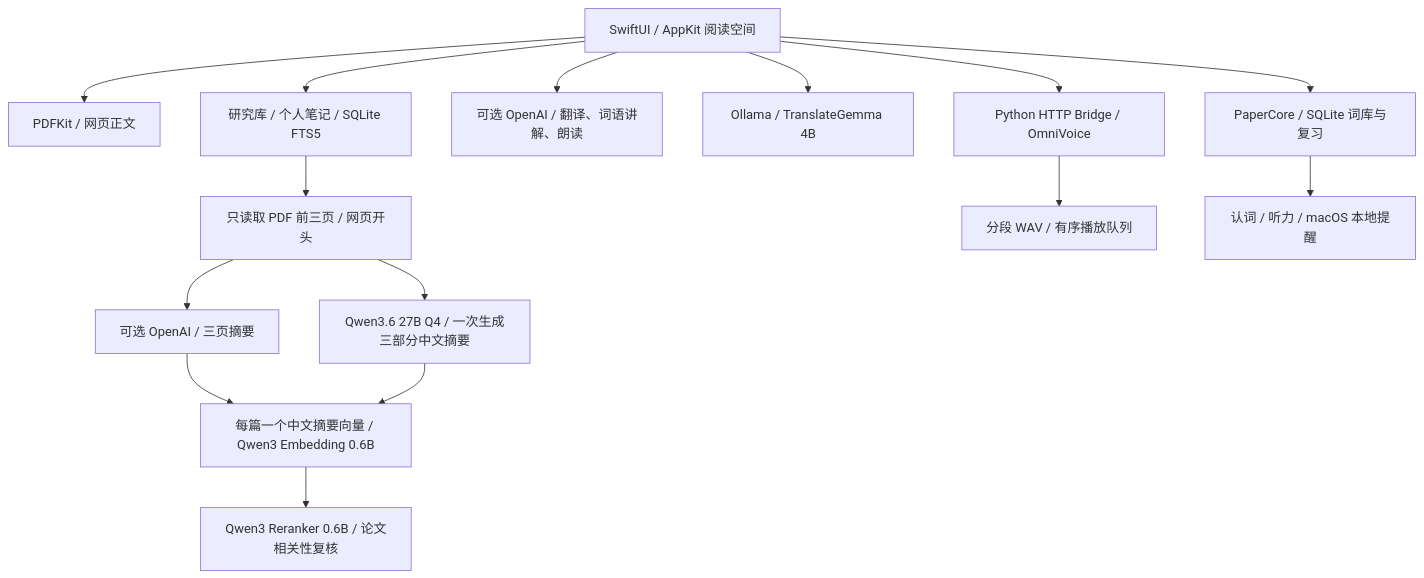
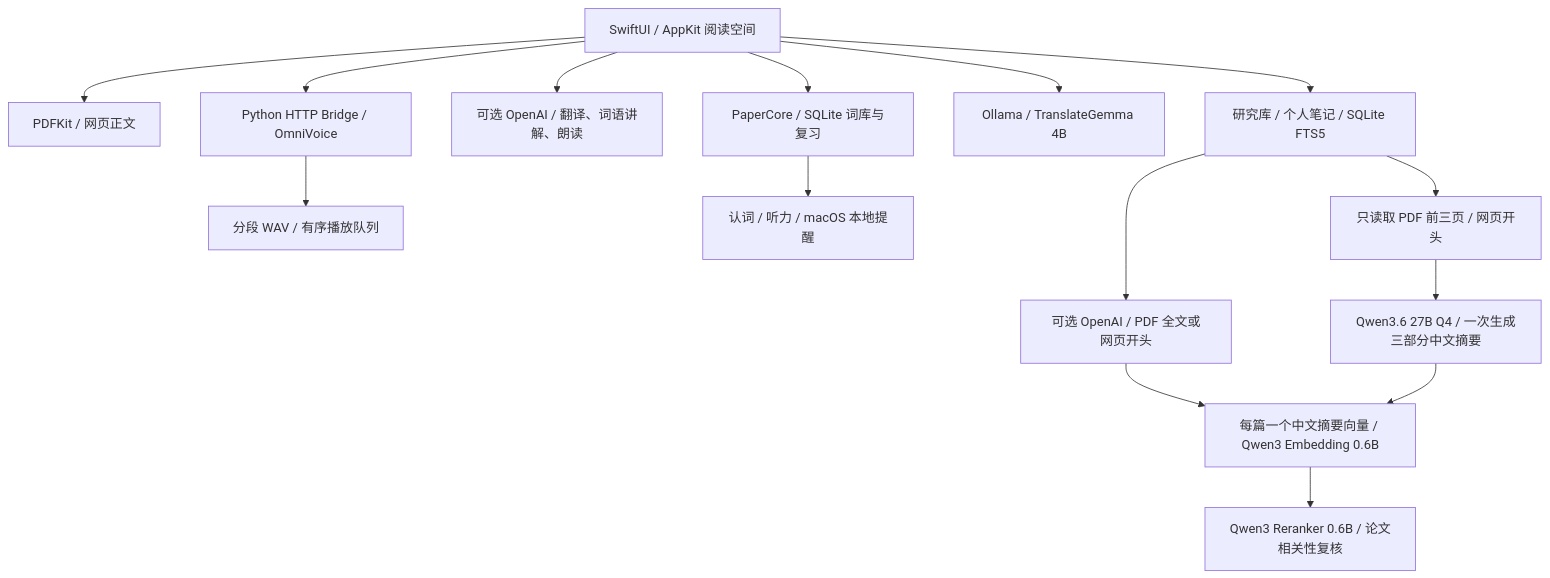
Before and after one commit to yuan1615/PaperLingo: the diagram in README.md, drawn with Mermaid. The commit also changed other lines of this file and 22 other files, not shown here.

````diff
--- a/README.md
+++ b/README.md
@@ -140,17 +142,17 @@
 ```mermaid
 flowchart TD
     Reader[SwiftUI / AppKit 阅读空间] --> PDF[PDFKit / 网页正文]
     Reader --> Store[PaperCore / SQLite 词库与复习]
     Reader --> Cloud[可选 OpenAI / 翻译、词语讲解、朗读]
-    Opening --> CloudSummary[可选 OpenAI / 三页摘要]
+    Library --> CloudSummary[可选 OpenAI / PDF 全文或网页开头]
     CloudSummary --> Retrieval
     Reader --> Translator[Ollama / TranslateGemma 4B]
     Reader --> Speech[Python HTTP Bridge / OmniVoice]
     Speech --> Audio[分段 WAV / 有序播放队列]
     Store --> Review[认词 / 听力 / macOS 本地提醒]
     Reader --> Library[研究库 / 个人笔记 / SQLite FTS5]
     Library --> Opening[只读取 PDF 前三页 / 网页开头]
     Opening --> Digest[Qwen3.6 27B Q4 / 一次生成三部分中文摘要]
     Digest --> Retrieval[每篇一个中文摘要向量 / Qwen3 Embedding 0.6B]
     Retrieval --> Reranker[Qwen3 Reranker 0.6B / 论文相关性复核]
 ```
````
